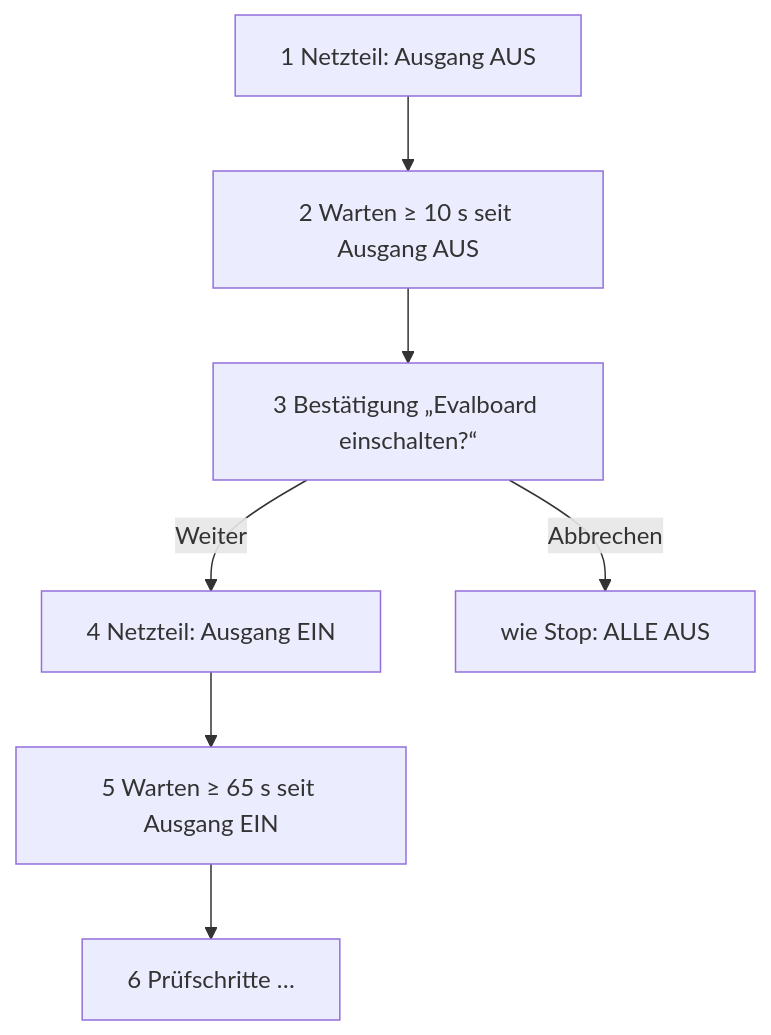
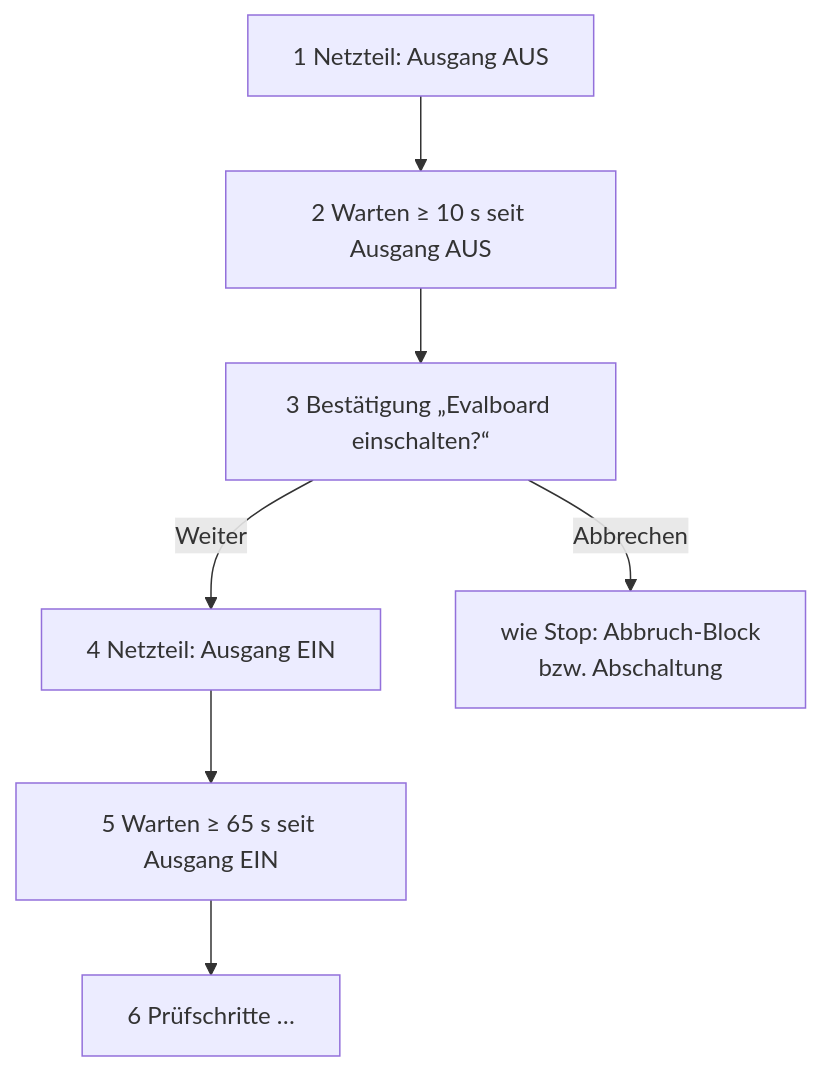
Before and after one commit to danielsimonreinhardt/LabControl: the third of 13 diagrams in docs/de/testablaeufe.md, drawn with Mermaid. The commit also changed other lines of this file and 25 other files, not shown here.

````diff
--- a/docs/de/testablaeufe.md
+++ b/docs/de/testablaeufe.md
@@ -115,9 +116,9 @@
 ```mermaid
 flowchart TD
     A["1 Netzteil: Ausgang AUS"] --> W1["2 Warten ≥ 10 s seit Ausgang AUS"]
     W1 --> B["3 Bestätigung „Evalboard einschalten?“"]
     B -- Weiter --> C["4 Netzteil: Ausgang EIN"]
-    B -- "Abbrechen" --> X["wie Stop: ALLE AUS"]
+    B -- "Abbrechen" --> X["wie Stop: Abbruch-Block<br/>bzw. Abschaltung"]
     C --> W2["5 Warten ≥ 65 s seit Ausgang EIN"]
     W2 --> D["6 Prüfschritte …"]
 ```
````
